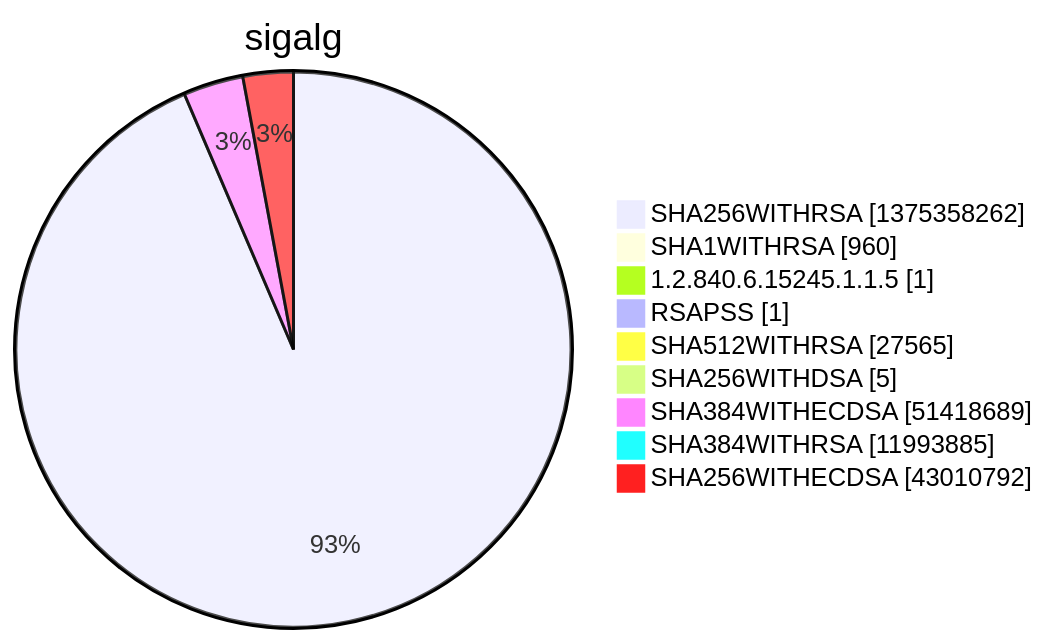
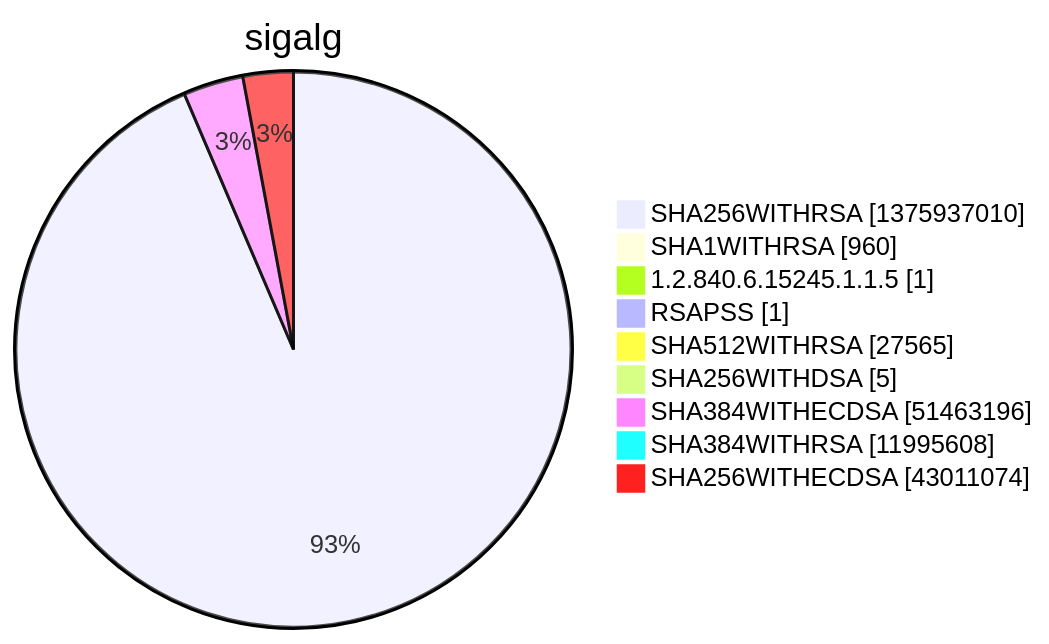
Before and after one commit to christiankrug/ctmonitor_visualization: diagram 15 of 15 in argon2022/README.md, drawn with Mermaid. The commit also changed other lines of this file, not shown here.

````diff
--- a/argon2022/README.md
+++ b/argon2022/README.md
@@ -5524,13 +5524,13 @@
 ```mermaid
 pie showData
 title sigalg
-"SHA256WITHRSA" :1375358262
+"SHA256WITHRSA" :1375937010
 "SHA1WITHRSA" :960
 "1.2.840.6.15245.1.1.5" :1
 "RSAPSS" :1
 "SHA512WITHRSA" :27565
 "SHA256WITHDSA" :5
-"SHA384WITHECDSA" :51418689
-"SHA384WITHRSA" :11993885
-"SHA256WITHECDSA" :43010792
+"SHA384WITHECDSA" :51463196
+"SHA384WITHRSA" :11995608
+"SHA256WITHECDSA" :43011074
 ```
````
